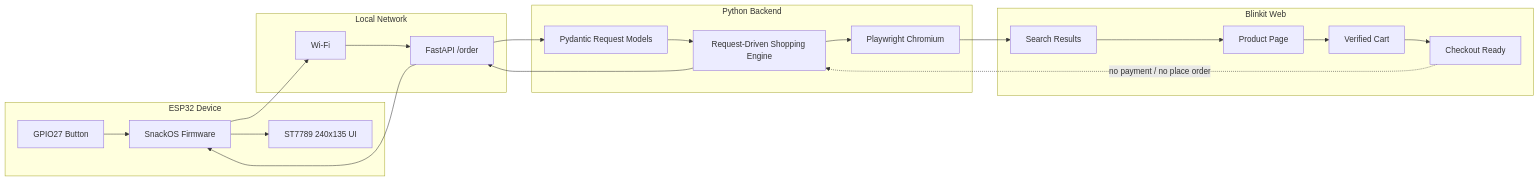
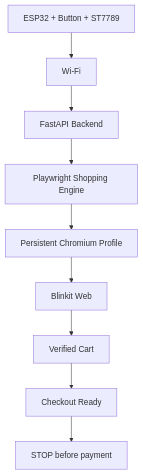
Before and after one commit to amanbotx2-fr/SnackOS: the first of 2 diagrams in README.md, drawn with Mermaid. The commit also changed other lines of this file and 1 other file, not shown here.

Commit message:
Improve README and address selection flow

````diff
--- a/README.md
+++ b/README.md
@@ -89,33 +42,11 @@
 ```mermaid
-flowchart LR
-  subgraph Device["ESP32 Device"]
-    Button["GPIO27 Button"]
-    TFT["ST7789 240x135 UI"]
-    Firmware["SnackOS Firmware"]
-    Button --> Firmware
-    Firmware --> TFT
-  end
-
-  subgraph Network["Local Network"]
-    WiFi["Wi-Fi"]
-    API["FastAPI /order"]
-  end
-
-  subgraph Backend["Python Backend"]
-    Validator["Pydantic Request Models"]
-    Engine["Request-Driven Shopping Engine"]
-    Browser["Playwright Chromium"]
-  end
-
-  subgraph Commerce["Blinkit Web"]
-    Search["Search Results"]
-    Product["Product Page"]
-    Cart["Verified Cart"]
-    Checkout["Checkout Ready"]
-  end
-
-  Firmware --> WiFi --> API --> Validator --> Engine --> Browser
-  Browser --> Search --> Product --> Cart --> Checkout
-  Checkout -. "no payment / no place order" .-> Engine
-  Engine --> API --> Firmware
+graph TD
+  ESP32["ESP32 + Button + ST7789"] --> WiFi["Wi-Fi"]
+  WiFi --> FastAPI["FastAPI Backend"]
+  FastAPI --> Playwright["Playwright Shopping Engine"]
+  Playwright --> Chromium["Persistent Chromium Profile"]
+  Chromium --> Blinkit["Blinkit Web"]
+  Blinkit --> Cart["Verified Cart"]
+  Cart --> Checkout["Checkout Ready"]
+  Checkout --> Stop["STOP before payment"]
 ```
````
